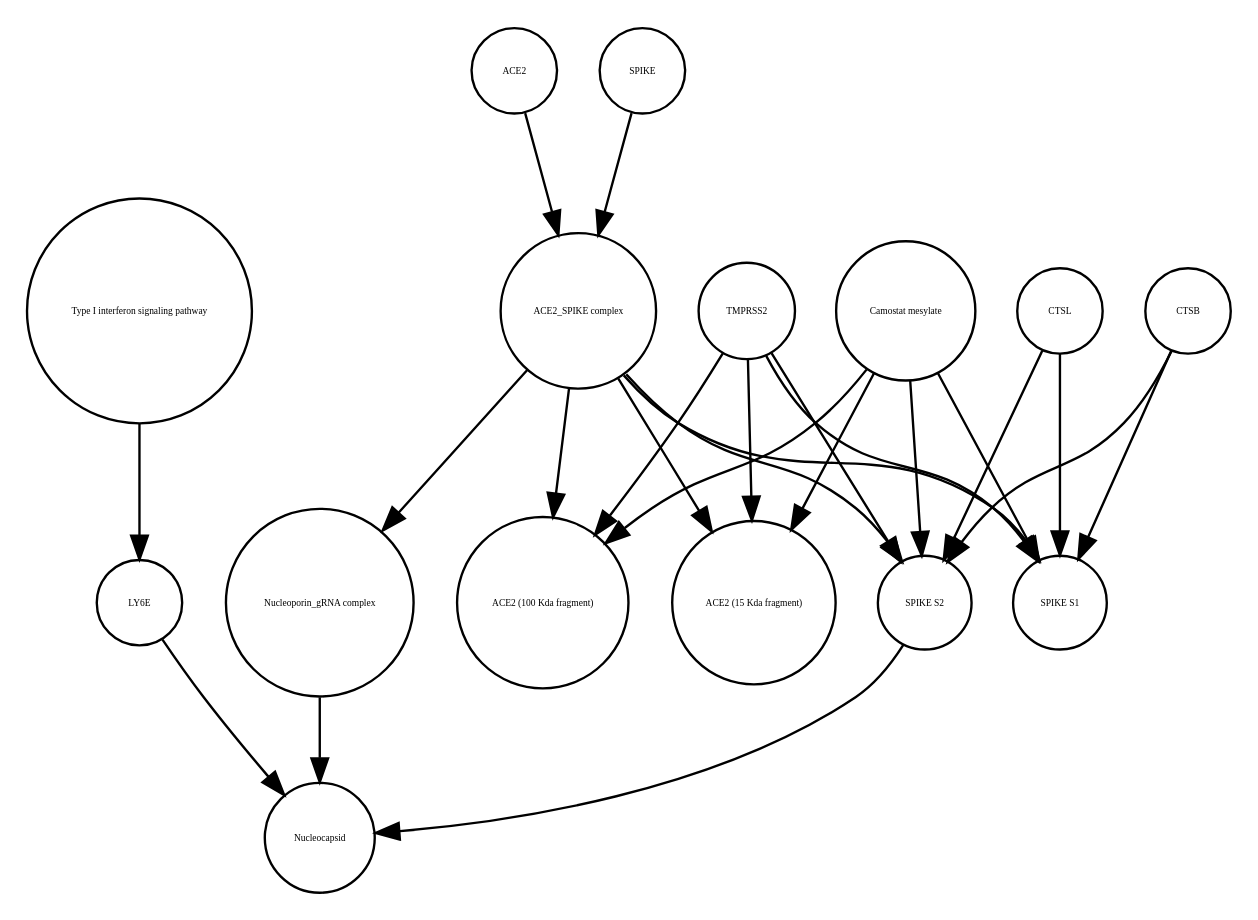
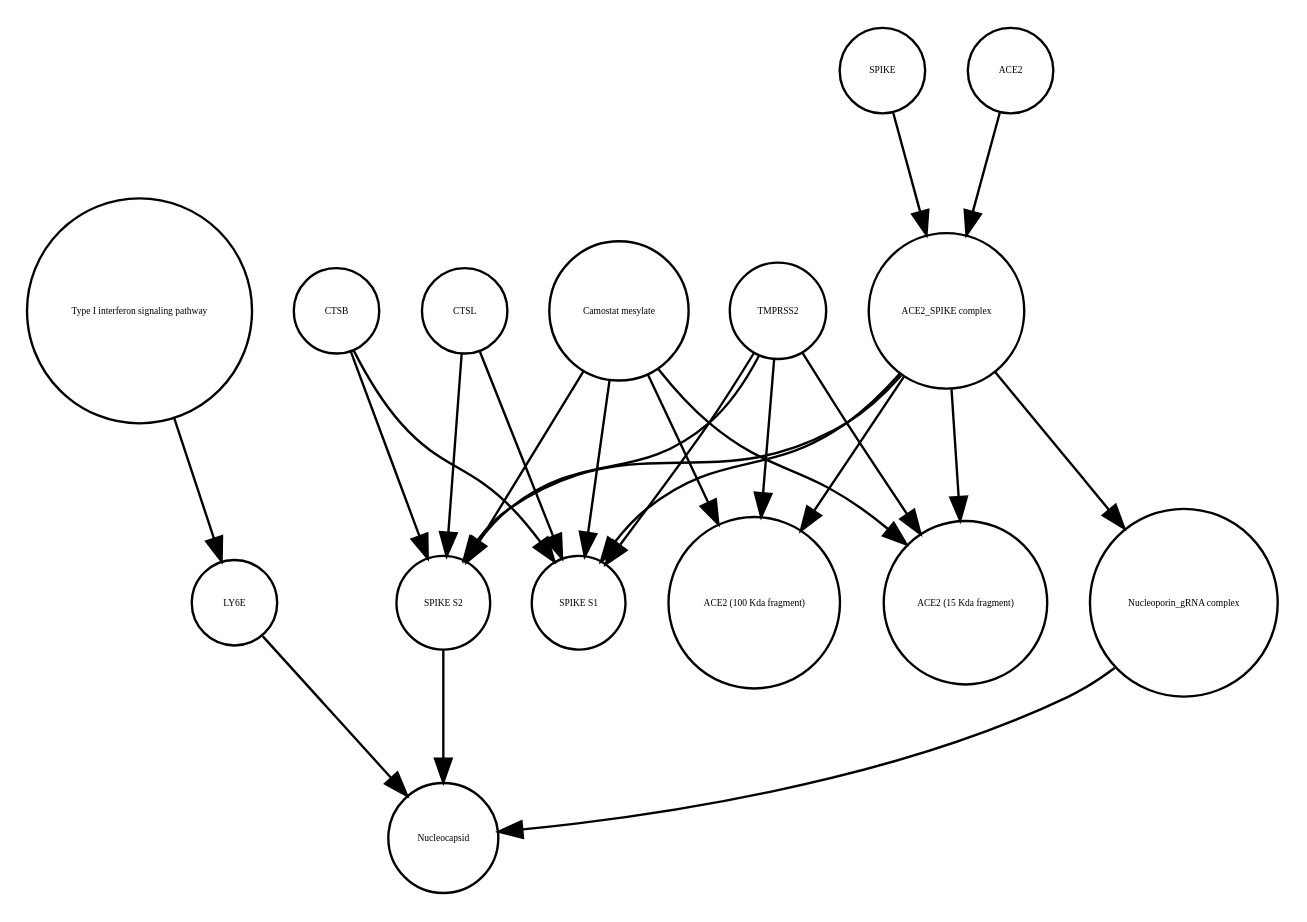
Before and after one commit to cannin/covid19-sbgn: the diagram in Virus_replication_cycle_V02.xml_projected.dot, drawn with Graphviz. The commit also changed other lines of this file and 637 other files, not shown here.

```diff
--- a/Virus_replication_cycle_V02.xml_projected.dot
+++ b/Virus_replication_cycle_V02.xml_projected.dot
@@ -1,40 +1,40 @@
 strict digraph  {
 "Type I interferon signaling pathway" [annotation="", bipartite=0, cls=phenotype, fontsize=4, label="Type I interferon signaling pathway", shape=circle];
 LY6E [annotation="", bipartite=0, cls=macromolecule, fontsize=4, label=LY6E, shape=circle];
+"Camostat mesylate" [annotation="urn_miriam_pubchem.compound_2536", bipartite=0, cls="simple chemical", fontsize=4, label="Camostat mesylate", shape=circle];
+SPIKE [annotation="", bipartite=0, cls="macromolecule multimer", fontsize=4, label=SPIKE, shape=circle];
+Nucleocapsid [annotation="", bipartite=0, cls=complex, fontsize=4, label=Nucleocapsid, shape=circle];
 "ACE2_SPIKE complex" [annotation="", bipartite=0, cls=complex, fontsize=4, label="ACE2_SPIKE complex", shape=circle];
-ACE2 [annotation="", bipartite=0, cls=macromolecule, fontsize=4, label=ACE2, shape=circle];
-"Nucleoporin_gRNA complex " [annotation="", bipartite=0, cls=complex, fontsize=4, label="Nucleoporin_gRNA complex ", shape=circle];
+CTSL [annotation="", bipartite=0, cls=macromolecule, fontsize=4, label=CTSL, shape=circle];
+CTSB [annotation="", bipartite=0, cls=macromolecule, fontsize=4, label=CTSB, shape=circle];
+"SPIKE S1" [annotation="", bipartite=0, cls=macromolecule, fontsize=4, label="SPIKE S1", shape=circle];
+"SPIKE S2" [annotation="", bipartite=0, cls=macromolecule, fontsize=4, label="SPIKE S2", shape=circle];
 TMPRSS2 [annotation="", bipartite=0, cls=macromolecule, fontsize=4, label=TMPRSS2, shape=circle];
 "ACE2 (100 Kda fragment)" [annotation="", bipartite=0, cls=macromolecule, fontsize=4, label="ACE2 (100 Kda fragment)", shape=circle];
+"Nucleoporin_gRNA complex " [annotation="", bipartite=0, cls=complex, fontsize=4, label="Nucleoporin_gRNA complex ", shape=circle];
 "ACE2 (15 Kda fragment)" [annotation="", bipartite=0, cls=macromolecule, fontsize=4, label="ACE2 (15 Kda fragment)", shape=circle];
-CTSL [annotation="", bipartite=0, cls=macromolecule, fontsize=4, label=CTSL, shape=circle];
-"Camostat mesylate" [annotation="urn_miriam_pubchem.compound_2536", bipartite=0, cls="simple chemical", fontsize=4, label="Camostat mesylate", shape=circle];
-"SPIKE S2" [annotation="", bipartite=0, cls=macromolecule, fontsize=4, label="SPIKE S2", shape=circle];
-"SPIKE S1" [annotation="", bipartite=0, cls=macromolecule, fontsize=4, label="SPIKE S1", shape=circle];
-CTSB [annotation="", bipartite=0, cls=macromolecule, fontsize=4, label=CTSB, shape=circle];
-SPIKE [annotation="", bipartite=0, cls="macromolecule multimer", fontsize=4, label=SPIKE, shape=circle];
-Nucleocapsid [annotation="", bipartite=0, cls=complex, fontsize=4, label=Nucleocapsid, shape=circle];
+ACE2 [annotation="", bipartite=0, cls=macromolecule, fontsize=4, label=ACE2, shape=circle];
 "Type I interferon signaling pathway" -> LY6E  [annotation="", interaction_type=stimulation];
 LY6E -> Nucleocapsid  [annotation="urn_miriam_doi_10.1101%2F2020.03.05.979260|urn_miriam_doi_10.1101%2F2020.04.02.021469", interaction_type=inhibition];
+"Camostat mesylate" -> "ACE2 (100 Kda fragment)"  [annotation="urn_miriam_pubmed_32142651|urn_miriam_pubmed_32094589|urn_miriam_pubmed_24227843", interaction_type=inhibition];
+"Camostat mesylate" -> "SPIKE S2"  [annotation="urn_miriam_pubmed_32142651|urn_miriam_pubmed_32094589|urn_miriam_pubmed_24227843", interaction_type=inhibition];
+"Camostat mesylate" -> "SPIKE S1"  [annotation="urn_miriam_pubmed_32142651|urn_miriam_pubmed_32094589|urn_miriam_pubmed_24227843", interaction_type=inhibition];
+"Camostat mesylate" -> "ACE2 (15 Kda fragment)"  [annotation="urn_miriam_pubmed_32142651|urn_miriam_pubmed_32094589|urn_miriam_pubmed_24227843", interaction_type=inhibition];
+SPIKE -> "ACE2_SPIKE complex"  [annotation="", interaction_type=production];
 "ACE2_SPIKE complex" -> "Nucleoporin_gRNA complex "  [annotation="urn_miriam_pubmed_32142651|urn_miriam_pubmed_32094589", interaction_type=stimulation];
+"ACE2_SPIKE complex" -> "SPIKE S1"  [annotation="", interaction_type=production];
 "ACE2_SPIKE complex" -> "ACE2 (100 Kda fragment)"  [annotation="", interaction_type=production];
+"ACE2_SPIKE complex" -> "SPIKE S2"  [annotation="", interaction_type=production];
 "ACE2_SPIKE complex" -> "ACE2 (15 Kda fragment)"  [annotation="", interaction_type=production];
-"ACE2_SPIKE complex" -> "SPIKE S2"  [annotation="", interaction_type=production];
-"ACE2_SPIKE complex" -> "SPIKE S1"  [annotation="", interaction_type=production];
-ACE2 -> "ACE2_SPIKE complex"  [annotation="", interaction_type=production];
-"Nucleoporin_gRNA complex " -> Nucleocapsid  [annotation="", interaction_type=production];
+CTSL -> "SPIKE S2"  [annotation=urn_miriam_pubmed_32142651, interaction_type=catalysis];
+CTSL -> "SPIKE S1"  [annotation=urn_miriam_pubmed_32142651, interaction_type=catalysis];
+CTSB -> "SPIKE S2"  [annotation=urn_miriam_pubmed_32142651, interaction_type=catalysis];
+CTSB -> "SPIKE S1"  [annotation=urn_miriam_pubmed_32142651, interaction_type=catalysis];
+"SPIKE S2" -> Nucleocapsid  [annotation="", interaction_type=stimulation];
 TMPRSS2 -> "ACE2 (100 Kda fragment)"  [annotation="urn_miriam_pubmed_32142651|urn_miriam_pubmed_32094589|urn_miriam_pubmed_24227843", interaction_type=catalysis];
 TMPRSS2 -> "SPIKE S2"  [annotation="urn_miriam_pubmed_32142651|urn_miriam_pubmed_32094589|urn_miriam_pubmed_24227843", interaction_type=catalysis];
 TMPRSS2 -> "SPIKE S1"  [annotation="urn_miriam_pubmed_32142651|urn_miriam_pubmed_32094589|urn_miriam_pubmed_24227843", interaction_type=catalysis];
 TMPRSS2 -> "ACE2 (15 Kda fragment)"  [annotation="urn_miriam_pubmed_32142651|urn_miriam_pubmed_32094589|urn_miriam_pubmed_24227843", interaction_type=catalysis];
-CTSL -> "SPIKE S2"  [annotation=urn_miriam_pubmed_32142651, interaction_type=catalysis];
-CTSL -> "SPIKE S1"  [annotation=urn_miriam_pubmed_32142651, interaction_type=catalysis];
-"Camostat mesylate" -> "ACE2 (100 Kda fragment)"  [annotation="urn_miriam_pubmed_32142651|urn_miriam_pubmed_32094589|urn_miriam_pubmed_24227843", interaction_type=inhibition];
-"Camostat mesylate" -> "SPIKE S2"  [annotation="urn_miriam_pubmed_32142651|urn_miriam_pubmed_32094589|urn_miriam_pubmed_24227843", interaction_type=inhibition];
-"Camostat mesylate" -> "SPIKE S1"  [annotation="urn_miriam_pubmed_32142651|urn_miriam_pubmed_32094589|urn_miriam_pubmed_24227843", interaction_type=inhibition];
-"Camostat mesylate" -> "ACE2 (15 Kda fragment)"  [annotation="urn_miriam_pubmed_32142651|urn_miriam_pubmed_32094589|urn_miriam_pubmed_24227843", interaction_type=inhibition];
-"SPIKE S2" -> Nucleocapsid  [annotation="", interaction_type=stimulation];
-CTSB -> "SPIKE S2"  [annotation=urn_miriam_pubmed_32142651, interaction_type=catalysis];
-CTSB -> "SPIKE S1"  [annotation=urn_miriam_pubmed_32142651, interaction_type=catalysis];
-SPIKE -> "ACE2_SPIKE complex"  [annotation="", interaction_type=production];
+"Nucleoporin_gRNA complex " -> Nucleocapsid  [annotation="", interaction_type=production];
+ACE2 -> "ACE2_SPIKE complex"  [annotation="", interaction_type=production];
 }
```
